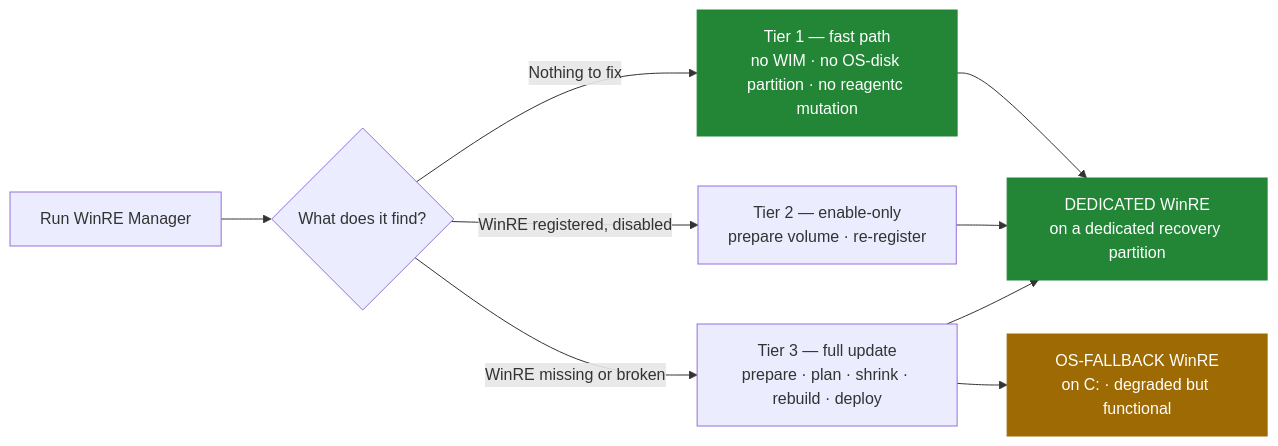
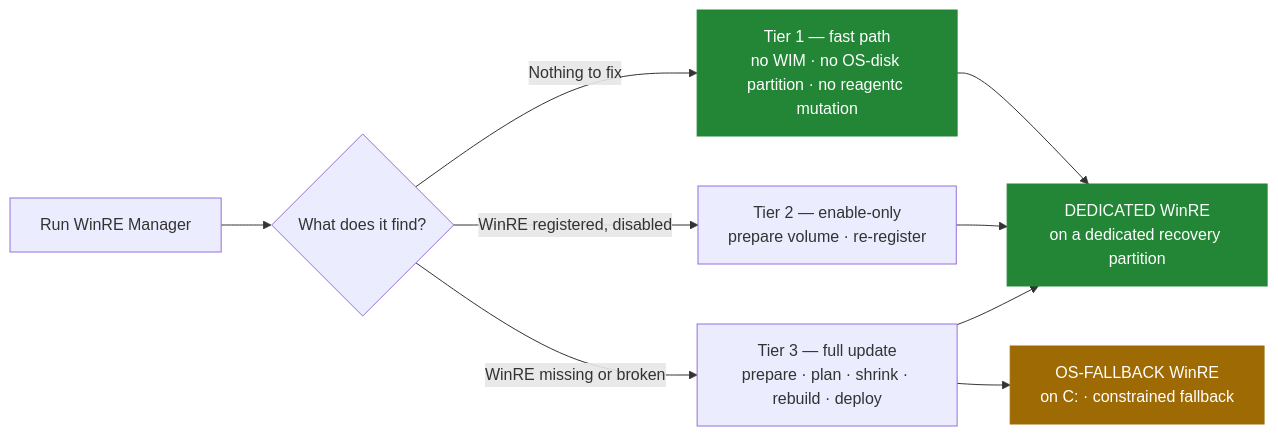
The second of 2 diagrams in README.md (ArthurJDurand/WinRE-Manager), drawn with Mermaid before and after one commit. The commit also changed other lines of this file and 35 other files, not shown here.

````diff
--- a/README.md
+++ b/README.md
@@ -167,15 +168,15 @@
 ```mermaid
 flowchart LR
     Start["Run WinRE Manager"] --> Check{"What does it find?"}
     Check -->|"Nothing to fix"| Fast["Tier 1 — fast path<br/>no WIM · no OS-disk partition · no reagentc mutation"]
     Check -->|"WinRE registered, disabled"| Enable["Tier 2 — enable-only<br/>prepare volume · re-register"]
     Check -->|"WinRE missing or broken"| Full["Tier 3 — full update<br/>prepare · plan · shrink · rebuild · deploy"]
     Fast --> Dedicated["DEDICATED WinRE<br/>on a dedicated recovery partition"]
     Enable --> Dedicated
     Full --> Dedicated
-    Full --> Fallback["OS-FALLBACK WinRE<br/>on C: · degraded but functional"]
+    Full --> Fallback["OS-FALLBACK WinRE<br/>on C: · constrained fallback"]
 
     style Fast fill:#238636,stroke:#238636,color:#fff
     style Dedicated fill:#238636,stroke:#238636,color:#fff
     style Fallback fill:#9e6a03,stroke:#9e6a03,color:#fff
 ```
````
